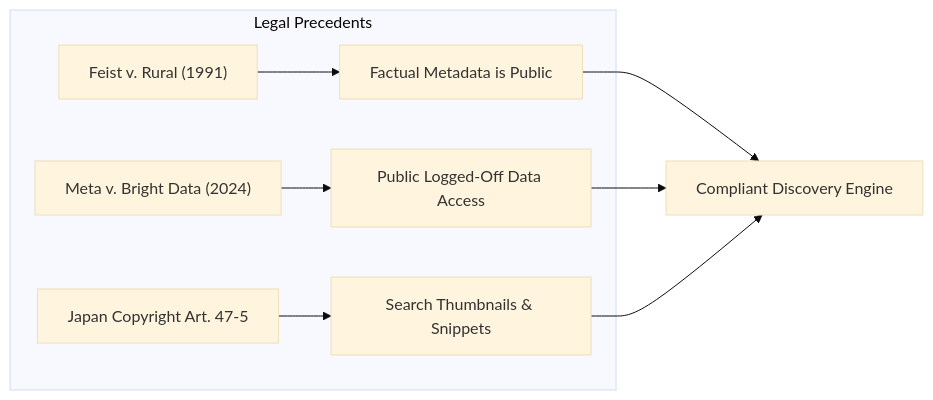
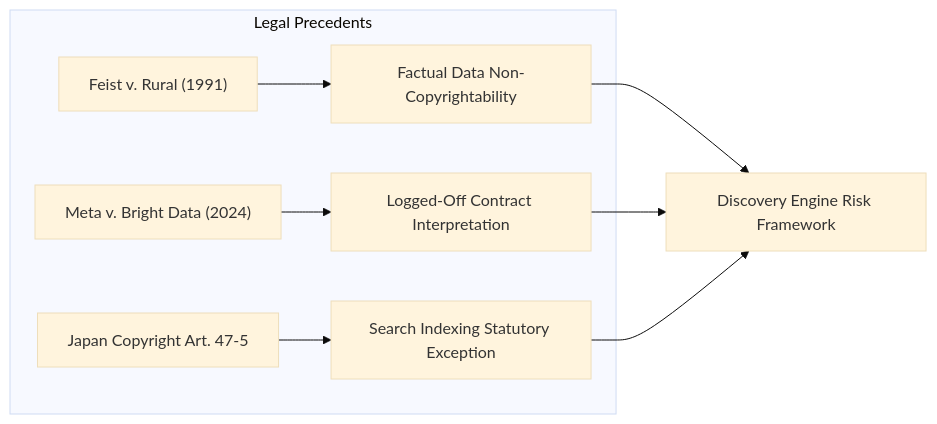
One commit to SlamTheDragon/vrc-package-crawler changed the second of 3 diagrams in docs/ARCHITECTURE_AND_COMPLIANCE_GUIDE.md. Above: the diagram before and after it, drawn with Mermaid (base theme). The commit also changed other lines of this file and 14 other files, not shown here.

````diff
--- a/docs/ARCHITECTURE_AND_COMPLIANCE_GUIDE.md
+++ b/docs/ARCHITECTURE_AND_COMPLIANCE_GUIDE.md
@@ -77,9 +77,9 @@
 ```mermaid
 graph LR
     subgraph Legal Precedents
-        A["Feist v. Rural (1991)"] --> D["Factual Metadata is Public"]
-        B["Meta v. Bright Data (2024)"] --> E["Public Logged-Off Data Access"]
-        C["Japan Copyright Art. 47-5"] --> F["Search Thumbnails & Snippets"]
+        A["Feist v. Rural (1991)"] --> D["Factual Data Non-Copyrightability"]
+        B["Meta v. Bright Data (2024)"] --> E["Logged-Off Contract Interpretation"]
+        C["Japan Copyright Art. 47-5"] --> F["Search Indexing Statutory Exception"]
     end
-    D & E & F --> G["Compliant Discovery Engine"]
+    D & E & F --> G["Discovery Engine Risk Framework"]
 ```
````
